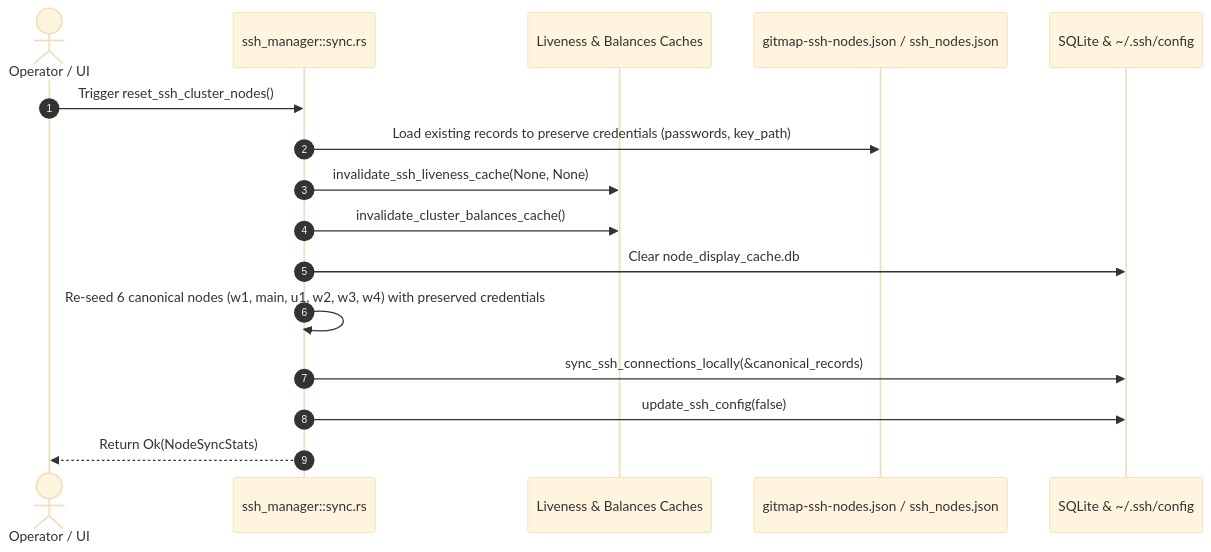
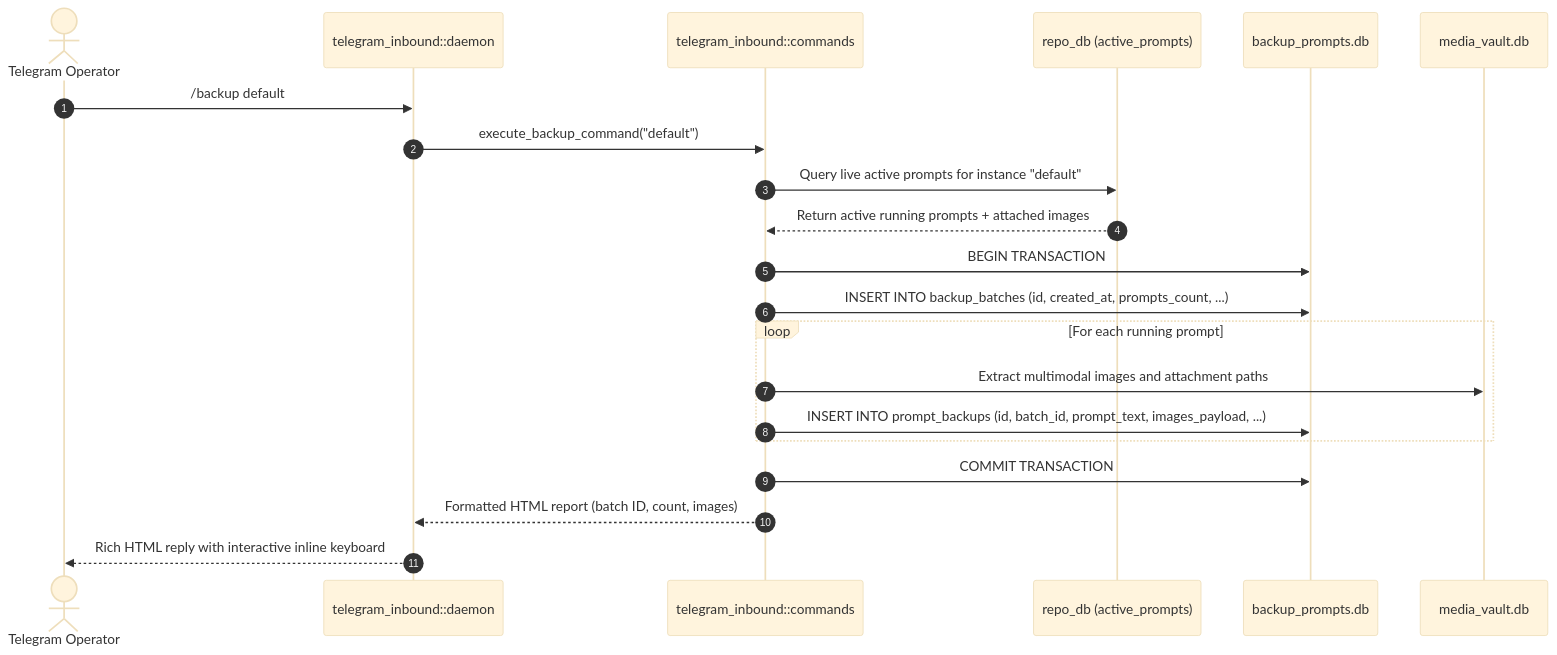
One commit to alimtvnetwork/Antigravity-Manager changed the third of 9 diagrams in 02-spec/21-app/telegram-backup-and-fleet-management-enhancements/01-architecture-spec.md. Above: the diagram before and after it, drawn with Mermaid (base theme). The commit also changed other lines of this file and 31 other files, not shown here.

Commit message:
Feature: telegram-fleet - prompt backup restore fleet caching and tree view enhancements

````diff
--- a/02-spec/21-app/telegram-backup-and-fleet-management-enhancements/01-architecture-spec.md
+++ b/02-spec/21-app/telegram-backup-and-fleet-management-enhancements/01-architecture-spec.md
@@ -298,19 +147,24 @@
 ```mermaid
 sequenceDiagram
     autonumber
-    actor User as Operator / UI
-    participant Sync as ssh_manager::sync.rs
-    participant Cache as Liveness & Balances Caches
-    participant Seeds as gitmap-ssh-nodes.json / ssh_nodes.json
-    participant Storage as SQLite & ~/.ssh/config
+    actor Operator as Telegram Operator
+    participant Daemon as telegram_inbound::daemon
+    participant Cmd as telegram_inbound::commands
+    participant RepoDB as repo_db (active_prompts)
+    participant BackupDB as backup_prompts.db
+    participant Vault as media_vault.db
 
-    User->>Sync: Trigger reset_ssh_cluster_nodes()
-    Sync->>Seeds: Load existing records to preserve credentials (passwords, key_path)
-    Sync->>Cache: invalidate_ssh_liveness_cache(None, None)
-    Sync->>Cache: invalidate_cluster_balances_cache()
-    Sync->>Storage: Clear node_display_cache.db
-    Sync->>Sync: Re-seed 6 canonical nodes (w1, main, u1, w2, w3, w4) with preserved credentials
-    Sync->>Storage: sync_ssh_connections_locally(&canonical_records)
-    Sync->>Storage: update_ssh_config(false)
-    Sync-->>User: Return Ok(NodeSyncStats)
+    Operator->>Daemon: /backup default
+    Daemon->>Cmd: execute_backup_command("default")
+    Cmd->>RepoDB: Query live active prompts for instance "default"
+    RepoDB-->>Cmd: Return active running prompts + attached images
+    Cmd->>BackupDB: BEGIN TRANSACTION
+    Cmd->>BackupDB: INSERT INTO backup_batches (id, created_at, prompts_count, ...)
+    loop For each running prompt
+        Cmd->>Vault: Extract multimodal images and attachment paths
+        Cmd->>BackupDB: INSERT INTO prompt_backups (id, batch_id, prompt_text, images_payload, ...)
+    end
+    Cmd->>BackupDB: COMMIT TRANSACTION
+    Cmd-->>Daemon: Formatted HTML report (batch ID, count, images)
+    Daemon-->>Operator: Rich HTML reply with interactive inline keyboard
 ```
````
